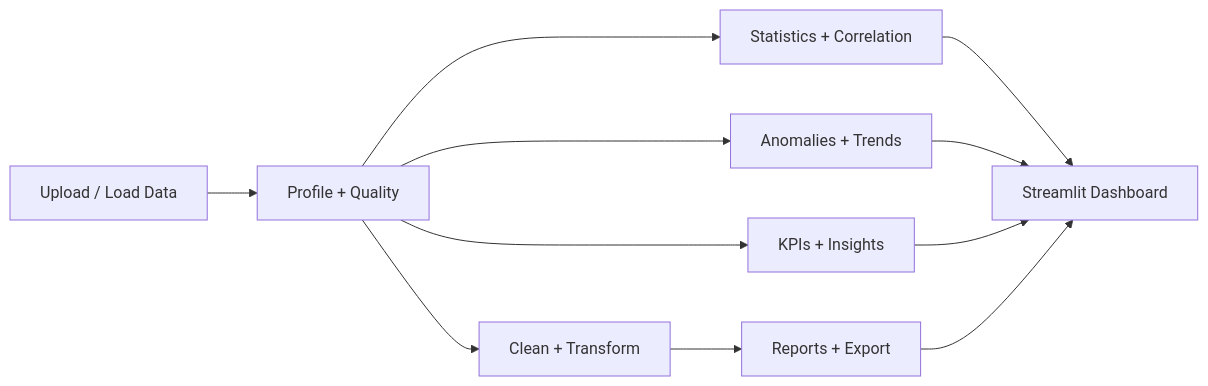
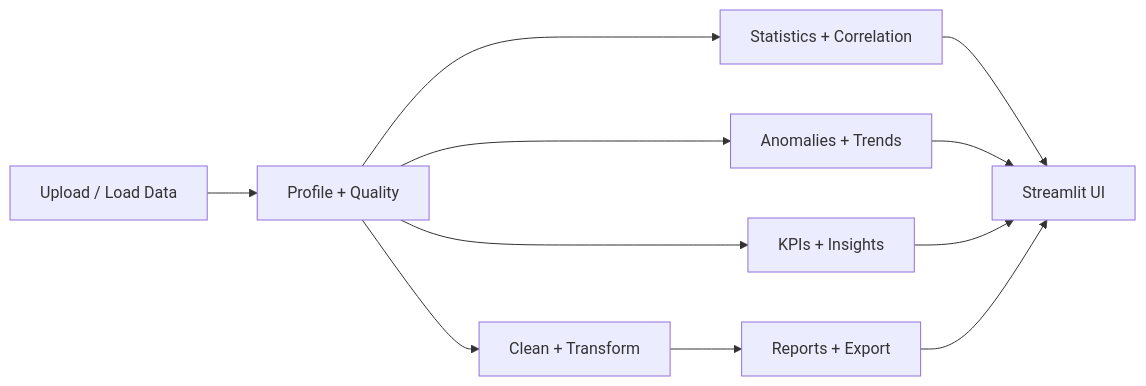
The diagram in README.md (usmankhan-pro/datalens-ai), drawn with Mermaid before and after one commit. The commit also changed other lines of this file and 26 other files, not shown here.

````diff
--- a/README.md
+++ b/README.md
@@ -19,13 +72,13 @@
 ```mermaid
 flowchart LR
     A[Upload / Load Data] --> B[Profile + Quality]
     B --> C[Clean + Transform]
     B --> D[Statistics + Correlation]
     B --> E[Anomalies + Trends]
     B --> F[KPIs + Insights]
     C --> G[Reports + Export]
-    D --> H[Streamlit Dashboard]
+    D --> H[Streamlit UI]
     E --> H
     F --> H
     G --> H
 ```
````
